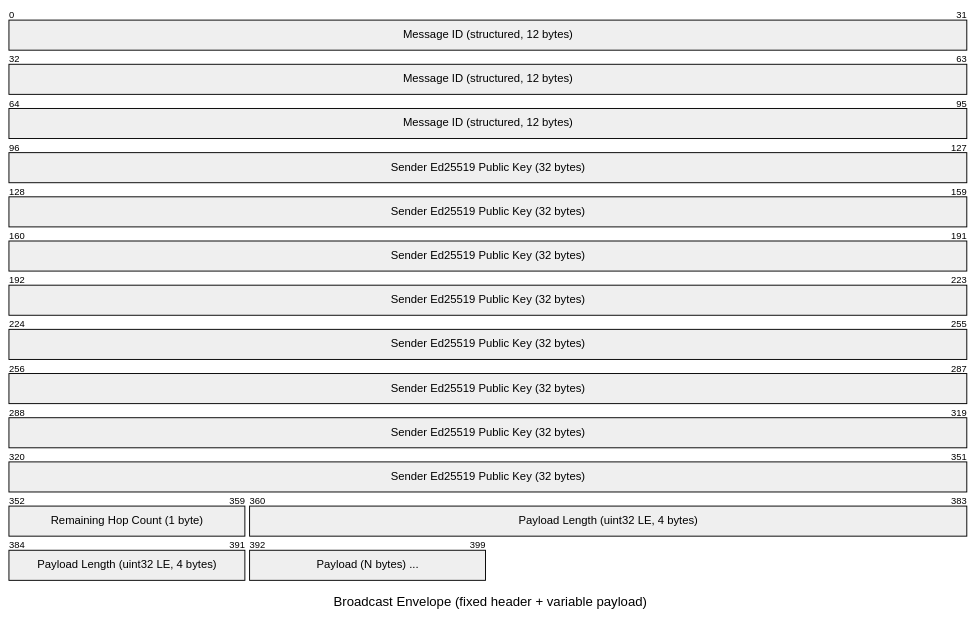
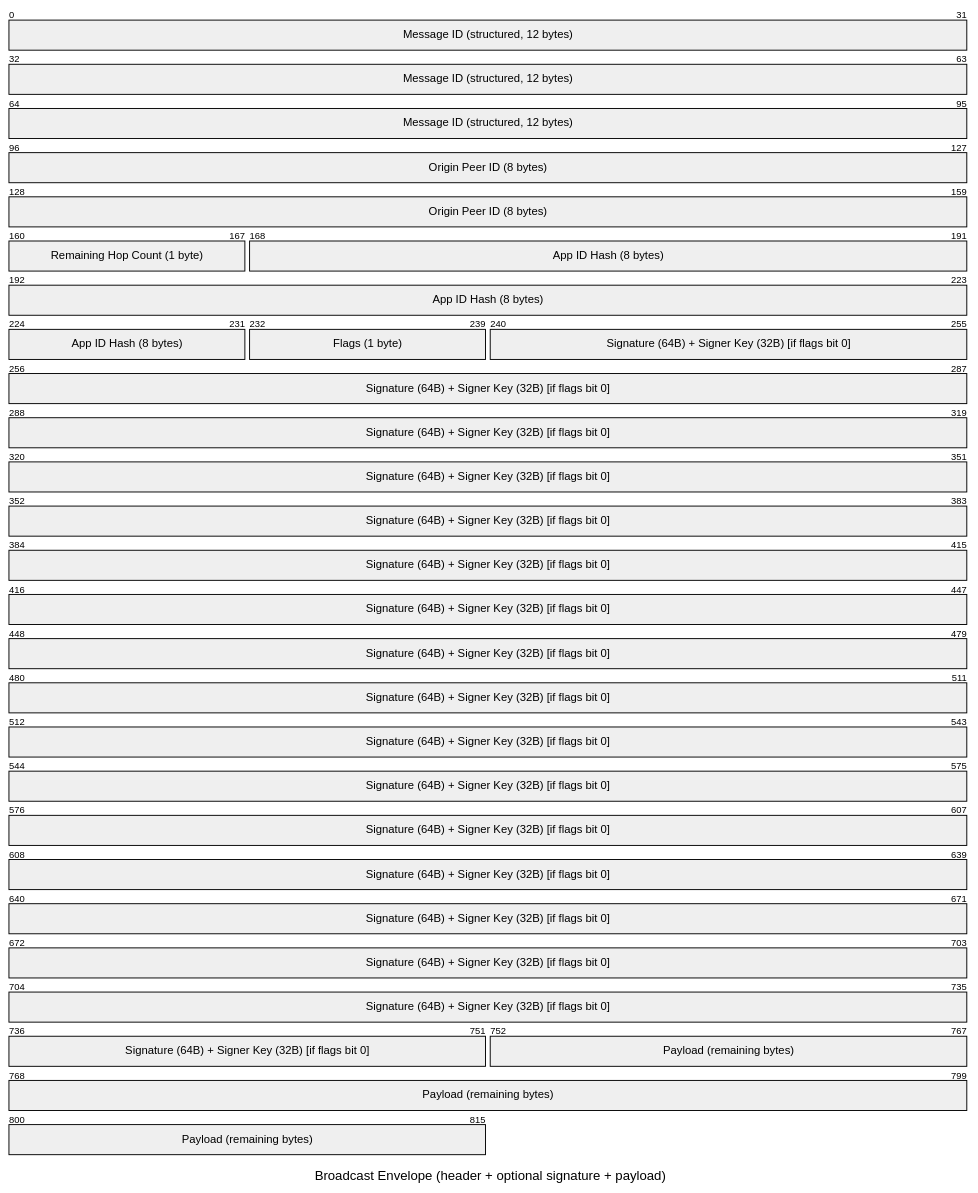
One commit to trancee/MeshLink changed the fourth of 14 diagrams in docs/diagrams.md. Above: the diagram before and after it, drawn with Mermaid. The commit also changed other lines of this file and 2 other files, not shown here.

Commit message:
feat: update design and integration documentation with new message formats and diagnostic codes

````diff
--- a/docs/diagrams.md
+++ b/docs/diagrams.md
@@ -107,11 +107,13 @@
 ```mermaid
 ---
-title: "Broadcast Envelope (fixed header + variable payload)"
+title: "Broadcast Envelope (header + optional signature + payload)"
 ---
 packet
     0-95: "Message ID (structured, 12 bytes)"
-    96-351: "Sender Ed25519 Public Key (32 bytes)"
-    352-359: "Remaining Hop Count (1 byte)"
-    360-391: "Payload Length (uint32 LE, 4 bytes)"
-    392-399: "Payload (N bytes) ..."
+    96-159: "Origin Peer ID (8 bytes)"
+    160-167: "Remaining Hop Count (1 byte)"
+    168-231: "App ID Hash (8 bytes)"
+    232-239: "Flags (1 byte)"
+    240-751: "Signature (64B) + Signer Key (32B) [if flags bit 0]"
+    752-815: "Payload (remaining bytes)"
 ```
````
